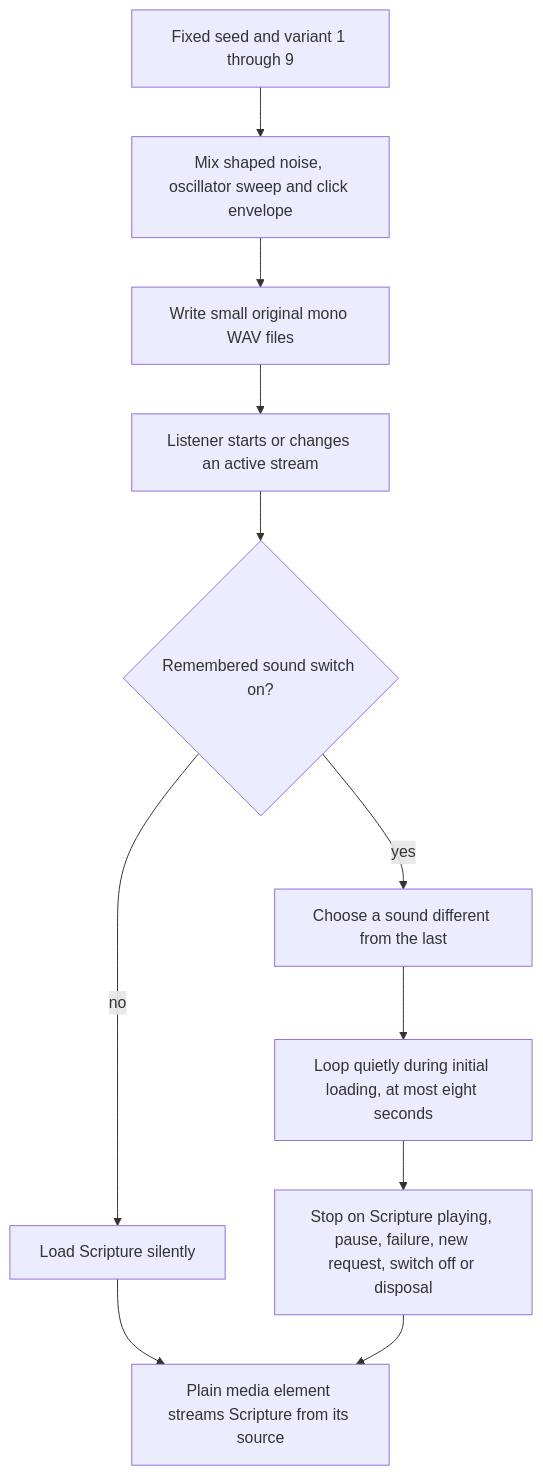
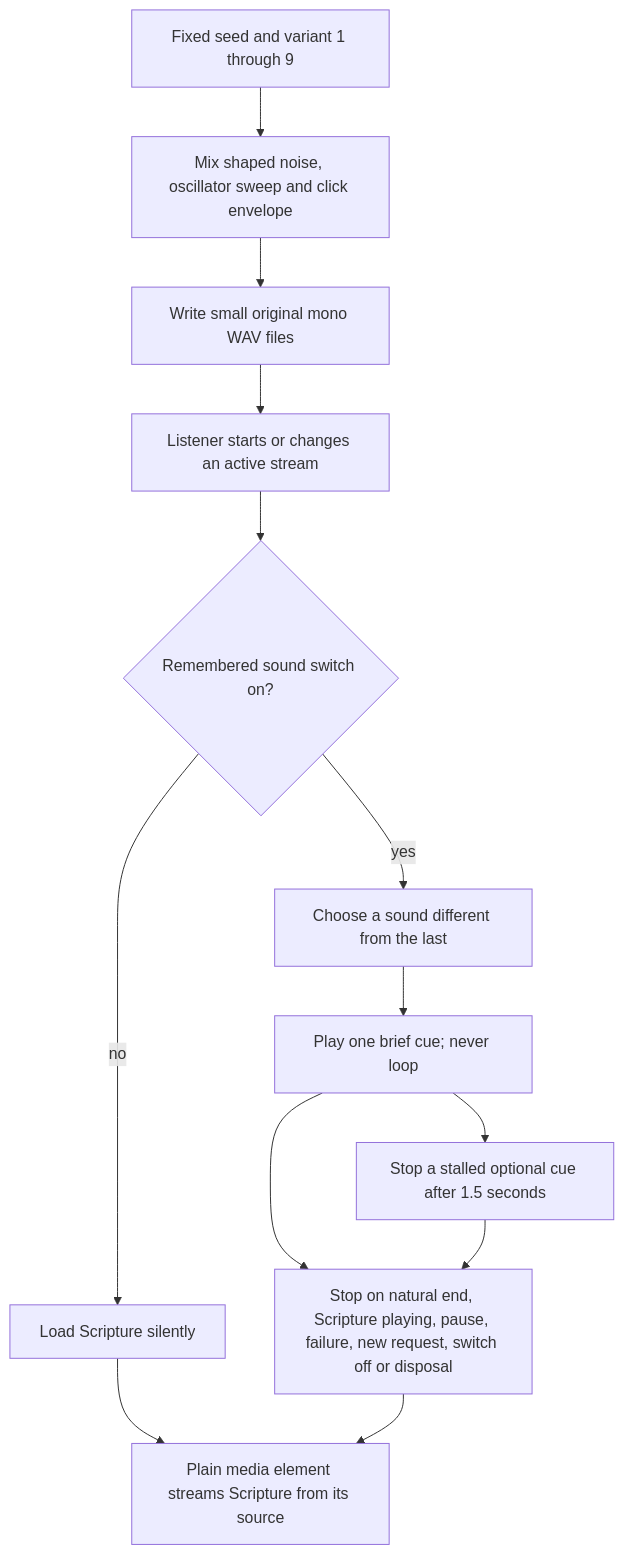
The diagram in spec-chirho/workflows-chirho/radio_sounds_workflow_chirho.md (loveJesus/audiobiblerad.io-chirho), drawn with Mermaid before and after one commit. The commit also changed other lines of this file and 40 other files, not shown here.

````diff
--- a/spec-chirho/workflows-chirho/radio_sounds_workflow_chirho.md
+++ b/spec-chirho/workflows-chirho/radio_sounds_workflow_chirho.md
@@ -7,13 +7,15 @@
 ```mermaid
 flowchart TD
     seed_chirho[Fixed seed and variant 1 through 9] --> synth_chirho[Mix shaped noise, oscillator sweep and click envelope]
     synth_chirho --> wav_chirho[Write small original mono WAV files]
     wav_chirho --> request_chirho[Listener starts or changes an active stream]
     request_chirho --> enabled_chirho{Remembered sound switch on?}
     enabled_chirho -- yes --> choose_chirho[Choose a sound different from the last]
     enabled_chirho -- no --> silent_chirho[Load Scripture silently]
-    choose_chirho --> loop_chirho[Loop quietly during initial loading, at most eight seconds]
-    loop_chirho --> stop_chirho[Stop on Scripture playing, pause, failure, new request, switch off or disposal]
+    choose_chirho --> cue_chirho[Play one brief cue; never loop]
+    cue_chirho --> stop_chirho[Stop on natural end, Scripture playing, pause, failure, new request, switch off or disposal]
+    cue_chirho --> ceiling_chirho[Stop a stalled optional cue after 1.5 seconds]
+    ceiling_chirho --> stop_chirho
     silent_chirho --> scripture_chirho[Plain media element streams Scripture from its source]
     stop_chirho --> scripture_chirho
 ```
````
